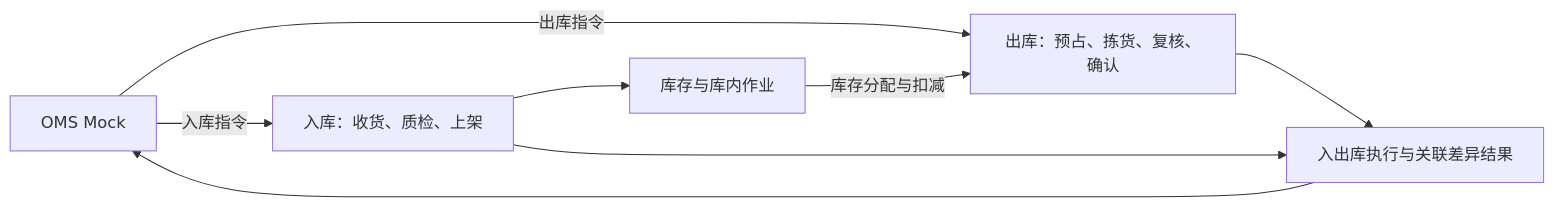
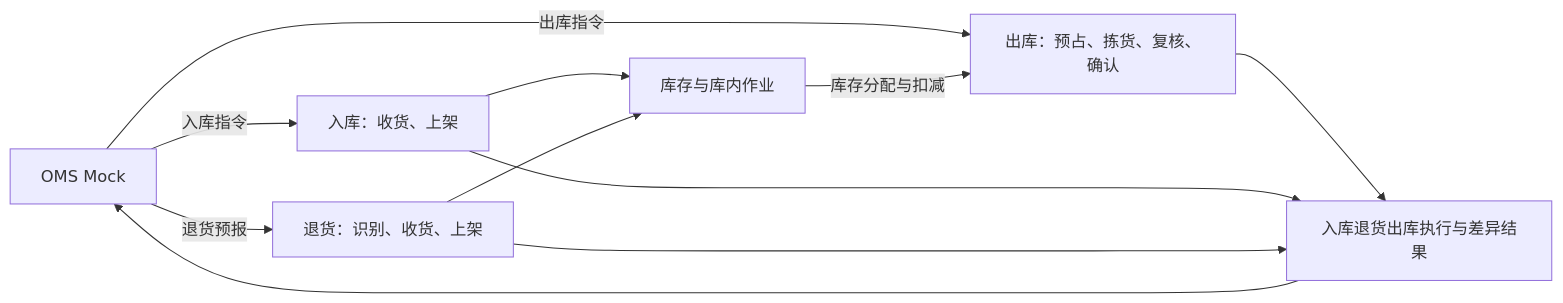
One commit to TopVitamin/QS-WMS-Project changed the diagram in 03-需求调研和分析/00-项目总览/02-需求分析总览.md. Above: the diagram before and after it, drawn with Mermaid. The commit also changed other lines of this file and 151 other files, not shown here.

````diff
--- a/03-需求调研和分析/00-项目总览/02-需求分析总览.md
+++ b/03-需求调研和分析/00-项目总览/02-需求分析总览.md
@@ -30,10 +30,13 @@
 ```mermaid
 flowchart LR
-    OMS[OMS Mock] -->|入库指令| IN[入库：收货、质检、上架]
+    OMS[OMS Mock] -->|入库指令| IN[入库：收货、上架]
+    OMS -->|退货预报| RT[退货：识别、收货、上架]
     OMS -->|出库指令| OUT[出库：预占、拣货、复核、确认]
     IN --> INV[库存与库内作业]
+    RT --> INV
     INV -->|库存分配与扣减| OUT
-    OUT --> RESULT[入出库执行与关联差异结果]
+    OUT --> RESULT[入库退货出库执行与差异结果]
     IN --> RESULT
+    RT --> RESULT
     RESULT --> OMS
 ```
````
